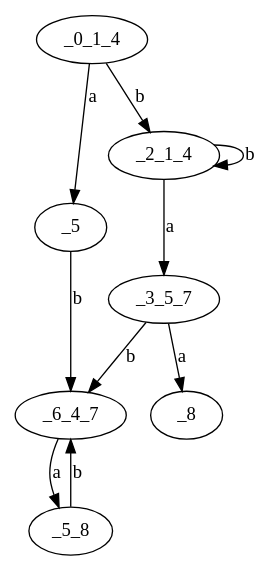
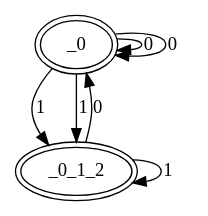
The diagram in src v2/determinizedGraph.dot (MoussTach/univ-lr__Compilation__TEA), drawn with Graphviz before and after one commit. The commit also changed 2 other files, not shown here.

```diff
--- a/src v2/determinizedGraph.dot
+++ b/src v2/determinizedGraph.dot
@@ -1,11 +1,10 @@
 digraph G {
-_0_1_4->_5 [label="a"]
-_0_1_4->_2_1_4 [label="b"]
-_5->_6_4_7 [label="b"]
-_2_1_4->_3_5_7 [label="a"]
-_2_1_4->_2_1_4 [label="b"]
-_6_4_7->_5_8 [label="a"]
-_3_5_7->_8 [label="a"]
-_3_5_7->_6_4_7 [label="b"]
-_5_8->_6_4_7 [label="b"]
+_0->_0 [label="0"]
+_0->_0_1_2 [label="1"]
+_0->_0 [label="0"]
+_0->_0_1_2 [label="1"]
+_0_1_2->_0 [label="0"]
+_0_1_2->_0_1_2 [label="1"]
+_0 [peripheries=2]
+_0_1_2 [peripheries=2]
 }
```
